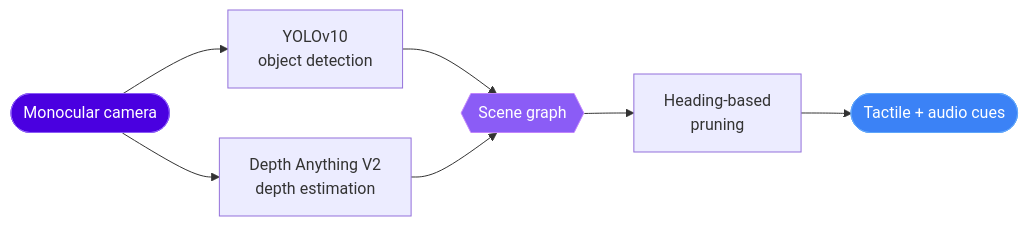
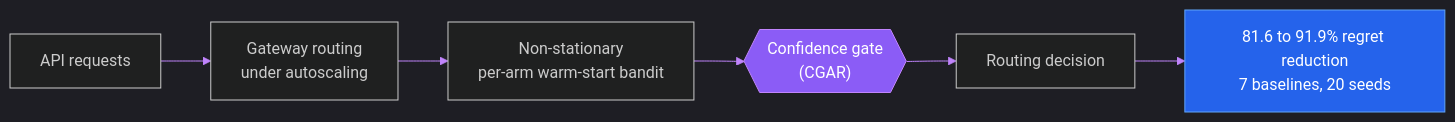
The fifth of 6 diagrams in README.md (khushi-070906/khushi-070906), drawn with Mermaid before and after one commit. The commit also changed other lines of this file and 11 other files, not shown here.

````diff
--- a/README.md
+++ b/README.md
@@ -30,12 +104,11 @@
 ```mermaid
+%%{init: {'theme':'dark','themeVariables':{'primaryColor':'#4A00E0','primaryTextColor':'#ffffff','primaryBorderColor':'#8B5CF6','lineColor':'#C084FC','fontFamily':'monospace'}}}%%
 flowchart LR
-    A([Monocular camera]) --> B[YOLOv10<br/>object detection]
-    A --> C[Depth Anything V2<br/>depth estimation]
-    B --> D{{Scene graph}}
-    C --> D
-    D --> E[Heading-based<br/>pruning]
-    E --> F([Tactile + audio cues])
-    style A fill:#4A00E0,color:#fff,stroke:#8B5CF6
-    style D fill:#8B5CF6,color:#fff,stroke:#C084FC
-    style F fill:#3B82F6,color:#fff,stroke:#60A5FA
+    A["API requests"] --> B["Gateway routing<br/>under autoscaling"]
+    B --> C["Non-stationary<br/>per-arm warm-start bandit"]
+    C --> D{{"Confidence gate<br/>(CGAR)"}}
+    D --> E["Routing decision"]
+    E --> F["81.6 to 91.9% regret reduction<br/>7 baselines, 20 seeds"]
+    style D fill:#8B5CF6,stroke:#C084FC,color:#fff
+    style F fill:#2563EB,stroke:#60A5FA,color:#fff
 ```
````
